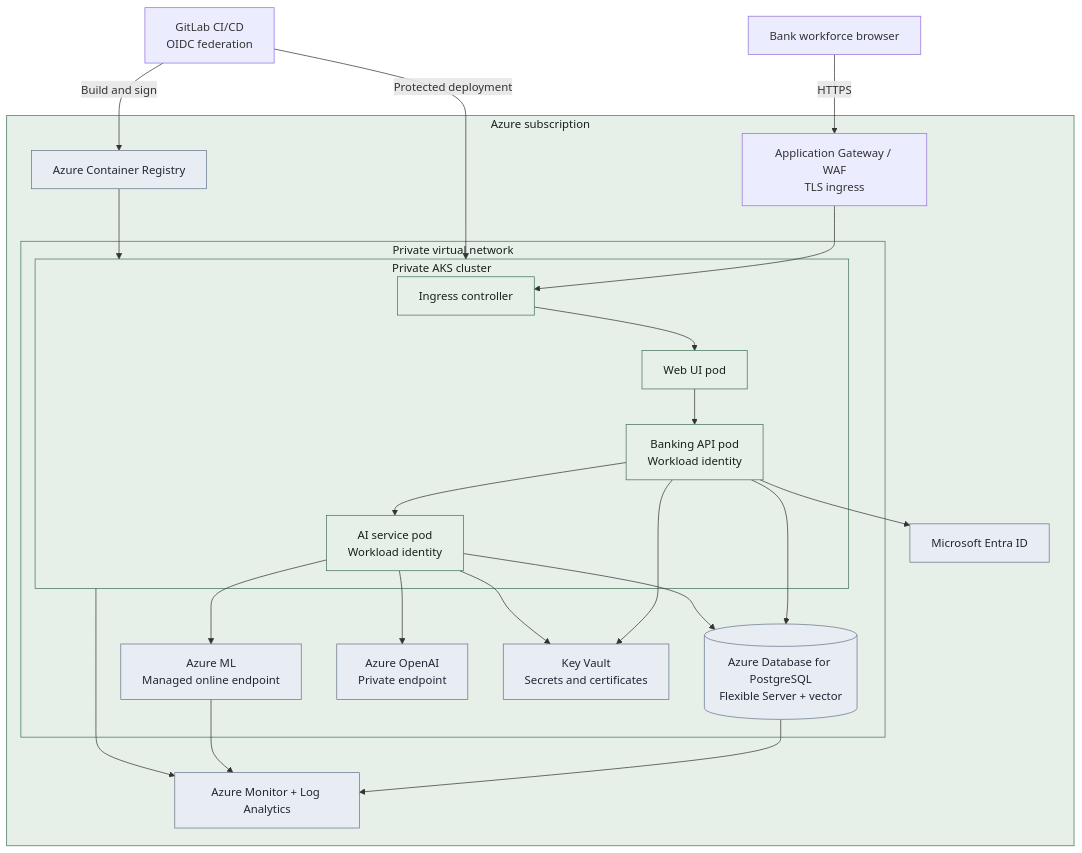
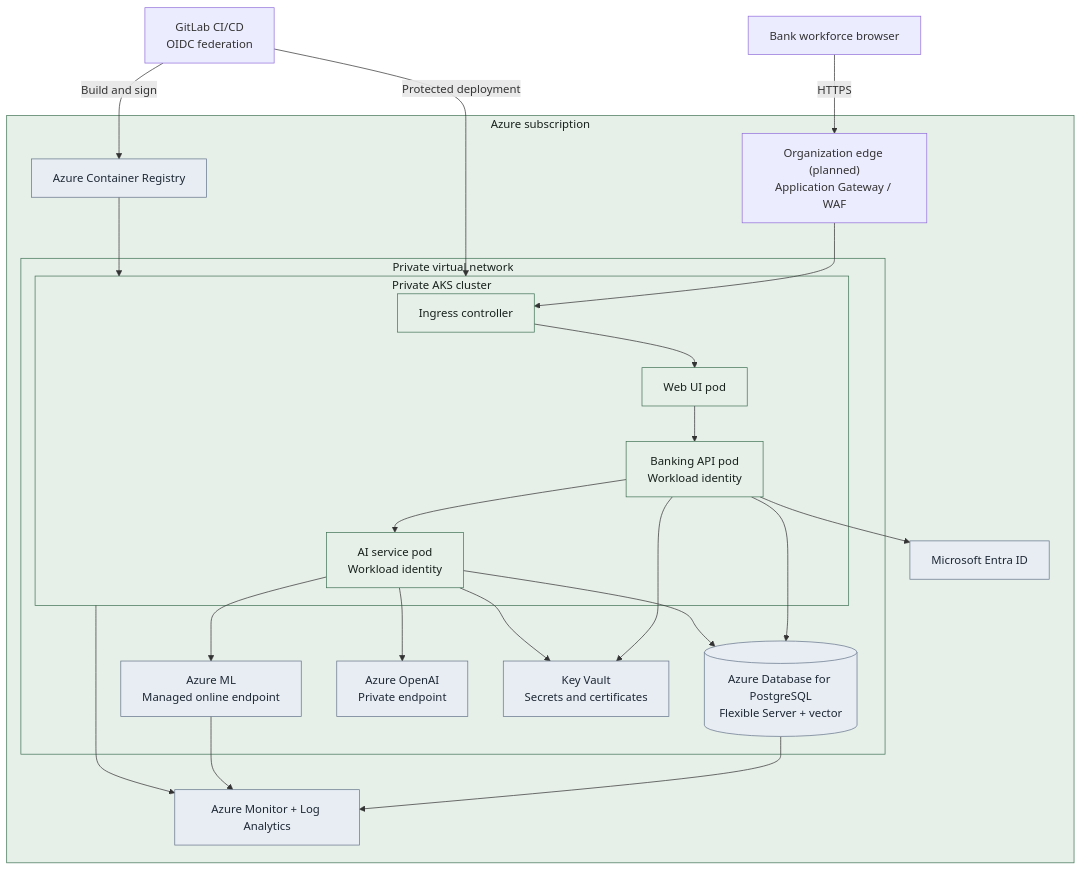
The diagram in docs/architecture/04-azure-deployment.md (fkoehler/banking-credit-decision-support), drawn with Mermaid before and after one commit. The commit also changed other lines of this file and 57 other files, not shown here.

````diff
--- a/docs/architecture/04-azure-deployment.md
+++ b/docs/architecture/04-azure-deployment.md
@@ -7,46 +7,46 @@
 ```mermaid
 flowchart TB
     internet["Bank workforce browser"]
     gitlab["GitLab CI/CD<br/>OIDC federation"]
 
     subgraph azure["Azure subscription"]
-        frontdoor["Application Gateway / WAF<br/>TLS ingress"]
+        frontdoor["Organization edge (planned)<br/>Application Gateway / WAF"]
 
         subgraph vnet["Private virtual network"]
             subgraph aks["Private AKS cluster"]
                 ingress["Ingress controller"]
                 web["Web UI pod"]
                 api["Banking API pod<br/>Workload identity"]
                 ai["AI service pod<br/>Workload identity"]
             end
             postgres[("Azure Database for PostgreSQL<br/>Flexible Server + vector")]
             ml["Azure ML<br/>Managed online endpoint"]
             openai["Azure OpenAI<br/>Private endpoint"]
             vault["Key Vault<br/>Secrets and certificates"]
         end
 
         acr["Azure Container Registry"]
         monitor["Azure Monitor + Log Analytics"]
         entra["Microsoft Entra ID"]
     end
 
     internet -->|"HTTPS"| frontdoor --> ingress --> web --> api --> ai
     api --> postgres
     ai --> postgres
     ai --> ml
     ai --> openai
     api --> entra
     api --> vault
     ai --> vault
     gitlab -->|"Build and sign"| acr
     gitlab -->|"Protected deployment"| aks
     acr --> aks
     aks --> monitor
     postgres --> monitor
     ml --> monitor
 
     classDef cluster fill:#e7efe9,stroke:#427456,color:#17211b
     classDef managed fill:#e8edf3,stroke:#65758a,color:#1d2835
     class web,api,ai,ingress cluster
     class postgres,ml,openai,vault,acr,monitor,entra managed
 ```
````
